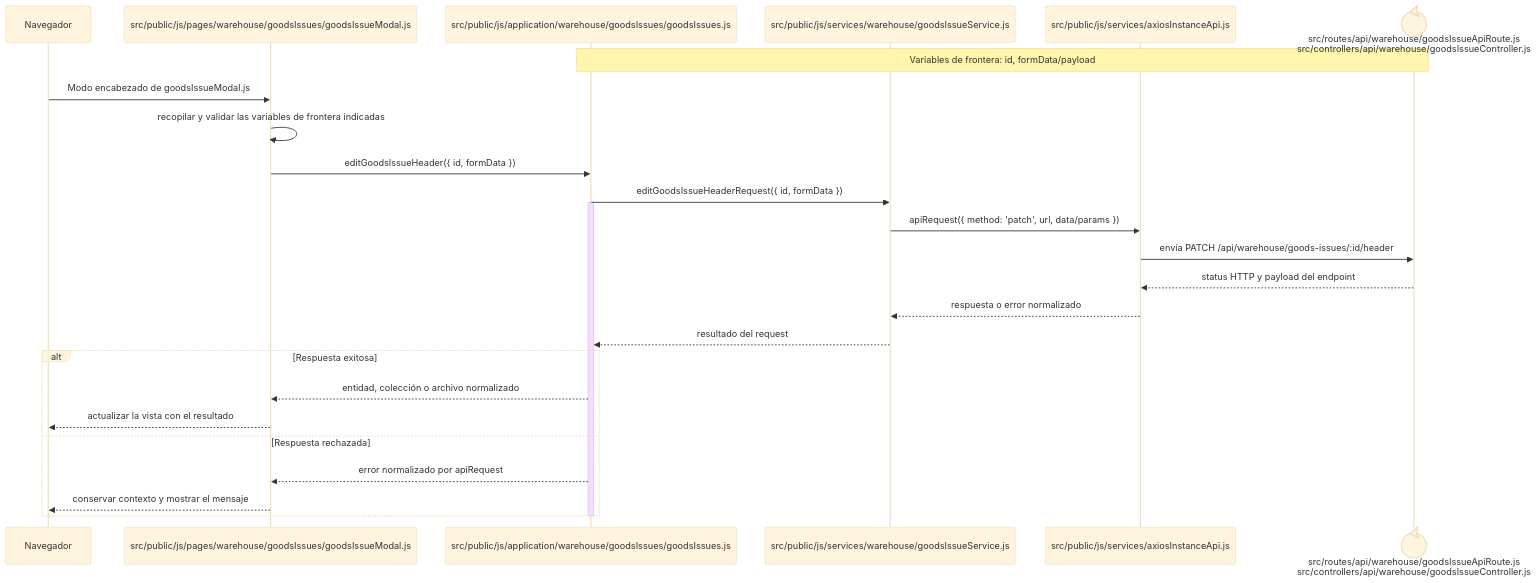
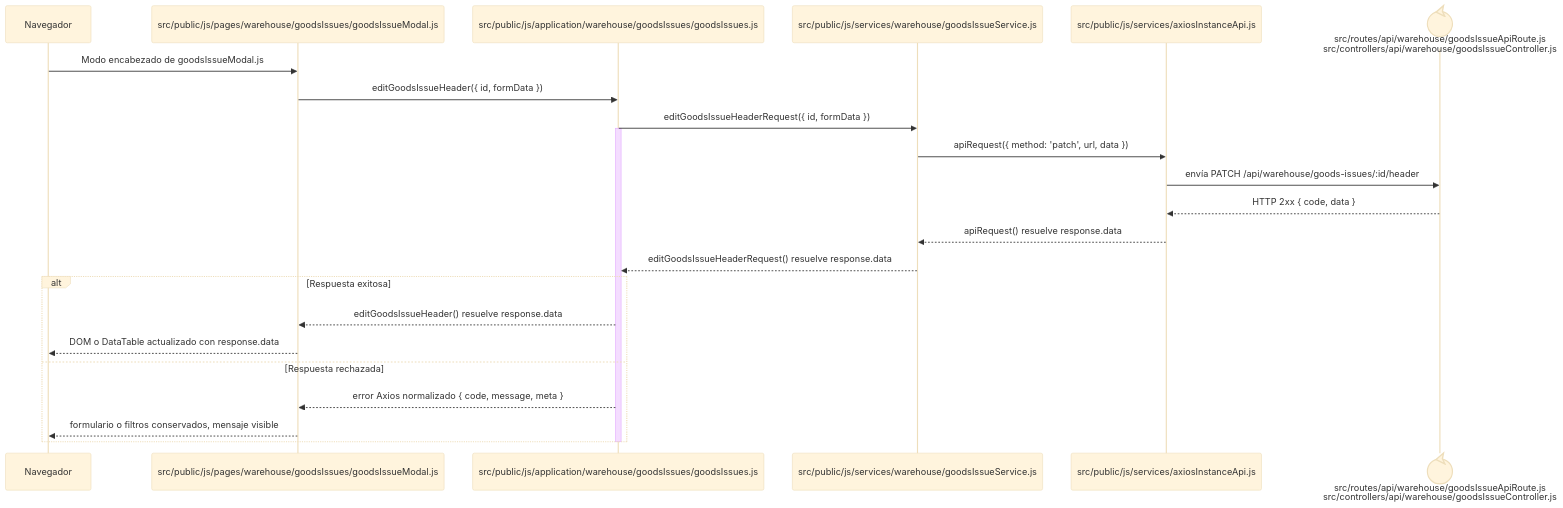
Before and after one commit to gpgsistemas01/nexus: the diagram in docs/architecture/frontend-code-sequences/issues/cu-sal-03.md, drawn with Mermaid (base theme). The commit also changed 148 other files, not shown here.

````diff
--- a/docs/architecture/frontend-code-sequences/issues/cu-sal-03.md
+++ b/docs/architecture/frontend-code-sequences/issues/cu-sal-03.md
@@ -6,29 +6,27 @@
 ```mermaid
 sequenceDiagram
     participant Browser as Navegador
     participant View as src/public/js/pages/warehouse/goodsIssues/goodsIssueModal.js
     participant Application as src/public/js/application/warehouse/goodsIssues/goodsIssues.js
     participant Request as src/public/js/services/warehouse/goodsIssueService.js
     participant HTTP as src/public/js/services/axiosInstanceApi.js
     participant Transport@{ "type": "control" } as src/routes/api/warehouse/goodsIssueApiRoute.js<br/>src/controllers/api/warehouse/goodsIssueController.js
-    Note over Application,Transport: Variables de frontera: id, formData/payload
 
     Browser->>View: Modo encabezado de goodsIssueModal.js
-    View->>View: recopilar y validar las variables de frontera indicadas
     View->>Application: editGoodsIssueHeader({ id, formData })
     Application->>Request: editGoodsIssueHeaderRequest({ id, formData })
     activate Application
-    Request->>HTTP: apiRequest({ method: 'patch', url, data/params })
+    Request->>HTTP: apiRequest({ method: 'patch', url, data })
     HTTP->>Transport: envía PATCH /api/warehouse/goods-issues/:id/header
-    Transport-->>HTTP: status HTTP y payload del endpoint
-    HTTP-->>Request: respuesta o error normalizado
-    Request-->>Application: resultado del request
+    Transport-->>HTTP: HTTP 2xx { code, data }
+    HTTP-->>Request: apiRequest() resuelve response.data
+    Request-->>Application: editGoodsIssueHeaderRequest() resuelve response.data
     alt Respuesta exitosa
-        Application-->>View: entidad, colección o archivo normalizado
-        View-->>Browser: actualizar la vista con el resultado
+        Application-->>View: editGoodsIssueHeader() resuelve response.data
+        View-->>Browser: DOM o DataTable actualizado con response.data
     else Respuesta rechazada
-        Application-->>View: error normalizado por apiRequest
-        View-->>Browser: conservar contexto y mostrar el mensaje
+        Application-->>View: error Axios normalizado { code, message, meta }
+        View-->>Browser: formulario o filtros conservados, mensaje visible
     end
     deactivate Application
 ```
````
